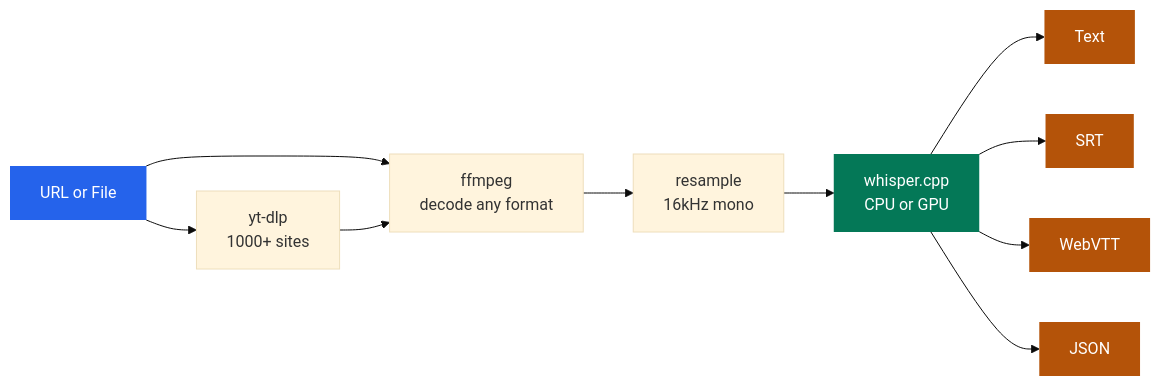
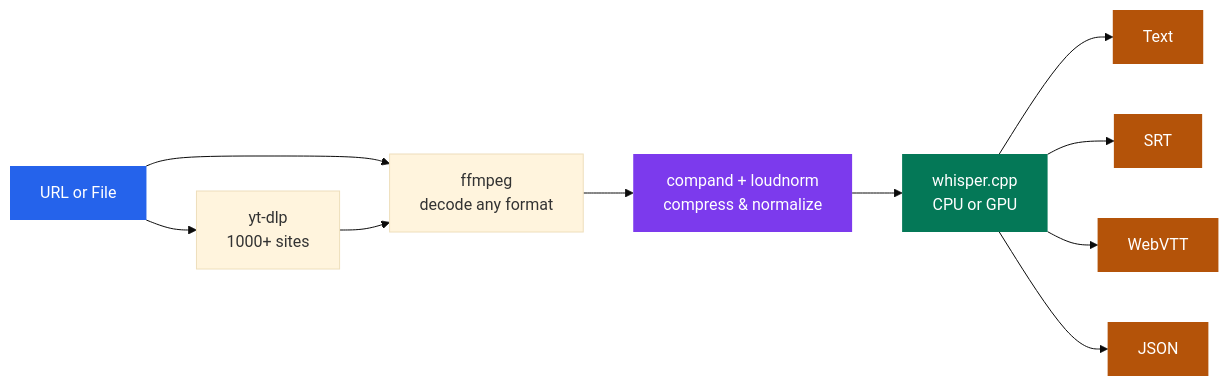
The diagram in README.md (claymore666/transcriber), drawn with Mermaid (base theme) before and after one commit. The commit also changed other lines of this file, not shown here.

````diff
--- a/README.md
+++ b/README.md
@@ -18,27 +18,28 @@
 ```mermaid
 graph LR
     A["URL or File"] --> B["yt-dlp
     1000+ sites"]
     A --> C
 
     B --> C["ffmpeg
     decode any format"]
 
-    C --> D["resample
-    16kHz mono"]
+    C --> D["compand + loudnorm
+    compress & normalize"]
 
     D --> E["whisper.cpp
     CPU or GPU"]
 
     E --> F["Text"]
     E --> G["SRT"]
     E --> H["WebVTT"]
     E --> I["JSON"]
 
     style A fill:#2563eb,color:#fff,stroke:none
+    style D fill:#7c3aed,color:#fff,stroke:none
     style E fill:#047857,color:#fff,stroke:none
     style F fill:#b45309,color:#fff,stroke:none
     style G fill:#b45309,color:#fff,stroke:none
     style H fill:#b45309,color:#fff,stroke:none
     style I fill:#b45309,color:#fff,stroke:none
 ```
````
